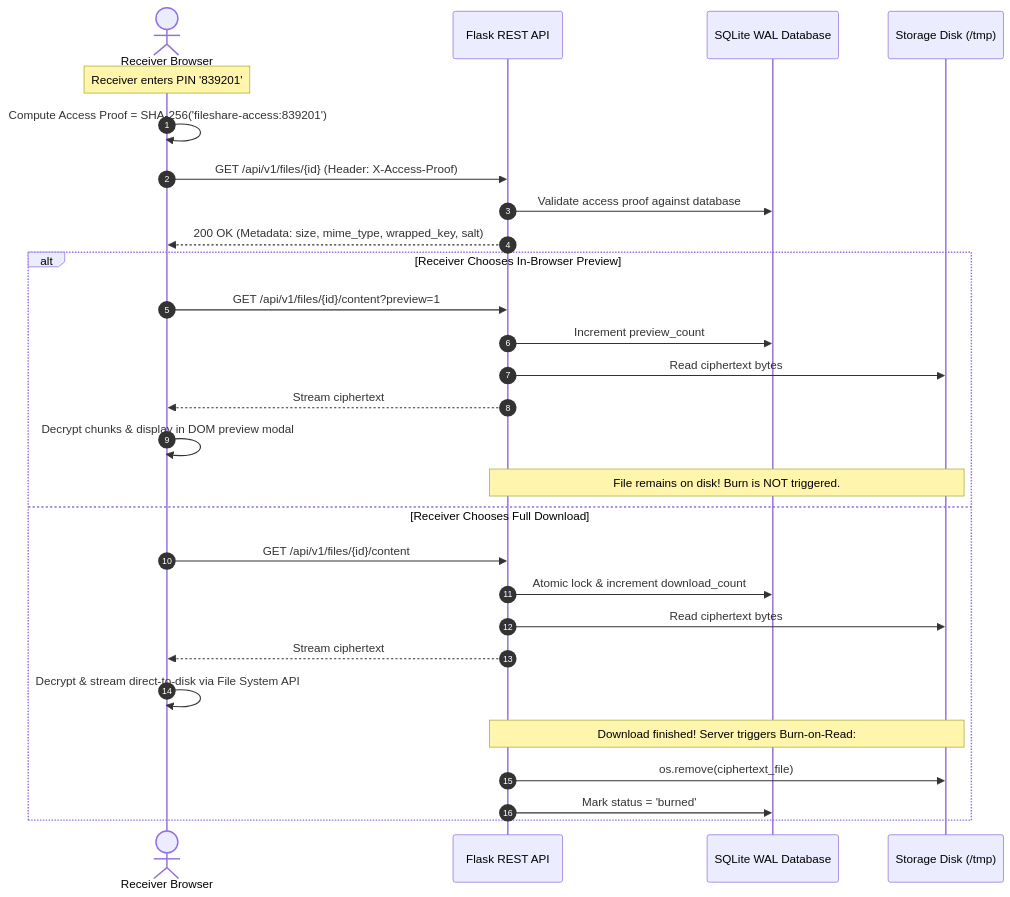
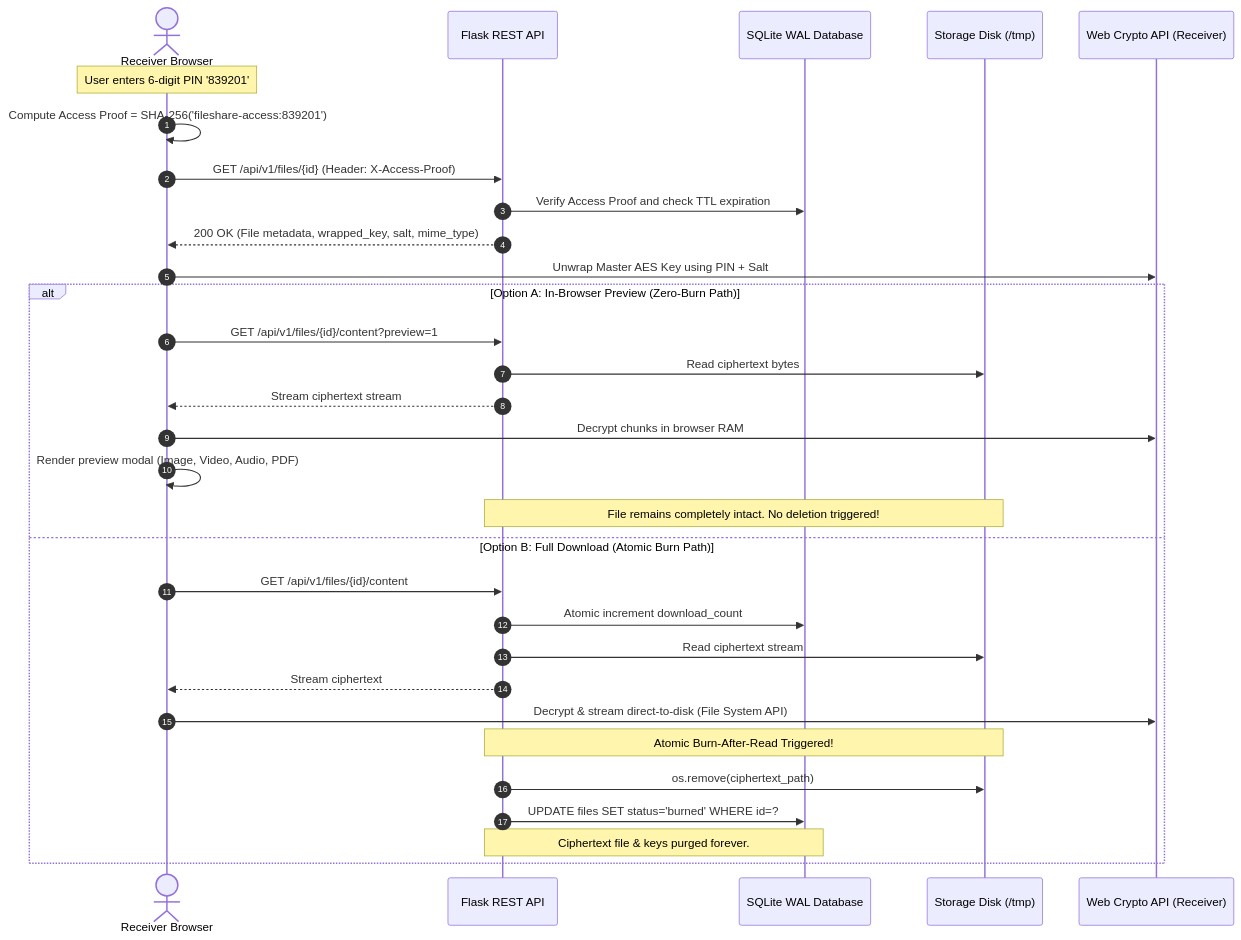
One commit to Sujalkathait/filesender changed the fifth of 8 diagrams in ARCHITECTURE_AND_DESIGN.md. Above: the diagram before and after it, drawn with Mermaid. The commit also changed other lines of this file and 13 other files, not shown here.

Commit message:
feat(ui): minimalist modern UI redesign and comprehensive UML relationship architecture by Sujal Kathait

````diff
--- a/ARCHITECTURE_AND_DESIGN.md
+++ b/ARCHITECTURE_AND_DESIGN.md
@@ -342,32 +575,35 @@
 ```mermaid
 sequenceDiagram
     autonumber
     actor Receiver as Receiver Browser
     participant API as Flask REST API
     participant DB as SQLite WAL Database
     participant Disk as Storage Disk (/tmp)
+    participant ClientCrypto as Web Crypto API (Receiver)
 
-    Note over Receiver: Receiver enters PIN '839201'
+    Note over Receiver: User enters 6-digit PIN '839201'
     Receiver->>Receiver: Compute Access Proof = SHA-256('fileshare-access:839201')
     Receiver->>API: GET /api/v1/files/{id} (Header: X-Access-Proof)
-    API->>DB: Validate access proof against database
-    API-->>Receiver: 200 OK (Metadata: size, mime_type, wrapped_key, salt)
+    API->>DB: Verify Access Proof and check TTL expiration
+    API-->>Receiver: 200 OK (File metadata, wrapped_key, salt, mime_type)
+    Receiver->>ClientCrypto: Unwrap Master AES Key using PIN + Salt
 
-    alt Receiver Chooses In-Browser Preview
+    alt Option A: In-Browser Preview (Zero-Burn Path)
         Receiver->>API: GET /api/v1/files/{id}/content?preview=1
-        API->>DB: Increment preview_count
         API->>Disk: Read ciphertext bytes
+        API-->>Receiver: Stream ciphertext stream
+        Receiver->>ClientCrypto: Decrypt chunks in browser RAM
+        Receiver->>Receiver: Render preview modal (Image, Video, Audio, PDF)
+        Note over API,Disk: File remains completely intact. No deletion triggered!
+    else Option B: Full Download (Atomic Burn Path)
+        Receiver->>API: GET /api/v1/files/{id}/content
+        API->>DB: Atomic increment download_count
+        API->>Disk: Read ciphertext stream
         API-->>Receiver: Stream ciphertext
-        Receiver->>Receiver: Decrypt chunks & display in DOM preview modal
-        Note over API,Disk: File remains on disk! Burn is NOT triggered.
-    else Receiver Chooses Full Download
-        Receiver->>API: GET /api/v1/files/{id}/content
-        API->>DB: Atomic lock & increment download_count
-        API->>Disk: Read ciphertext bytes
-        API-->>Receiver: Stream ciphertext
-        Receiver->>Receiver: Decrypt & stream direct-to-disk via File System API
-        Note over API,Disk: Download finished! Server triggers Burn-on-Read:
-        API->>Disk: os.remove(ciphertext_file)
-        API->>DB: Mark status = 'burned'
+        Receiver->>ClientCrypto: Decrypt & stream direct-to-disk (File System API)
+        Note over API,Disk: Atomic Burn-After-Read Triggered!
+        API->>Disk: os.remove(ciphertext_path)
+        API->>DB: UPDATE files SET status='burned' WHERE id=?
+        Note over API,DB: Ciphertext file & keys purged forever.
     end
 ```
````
